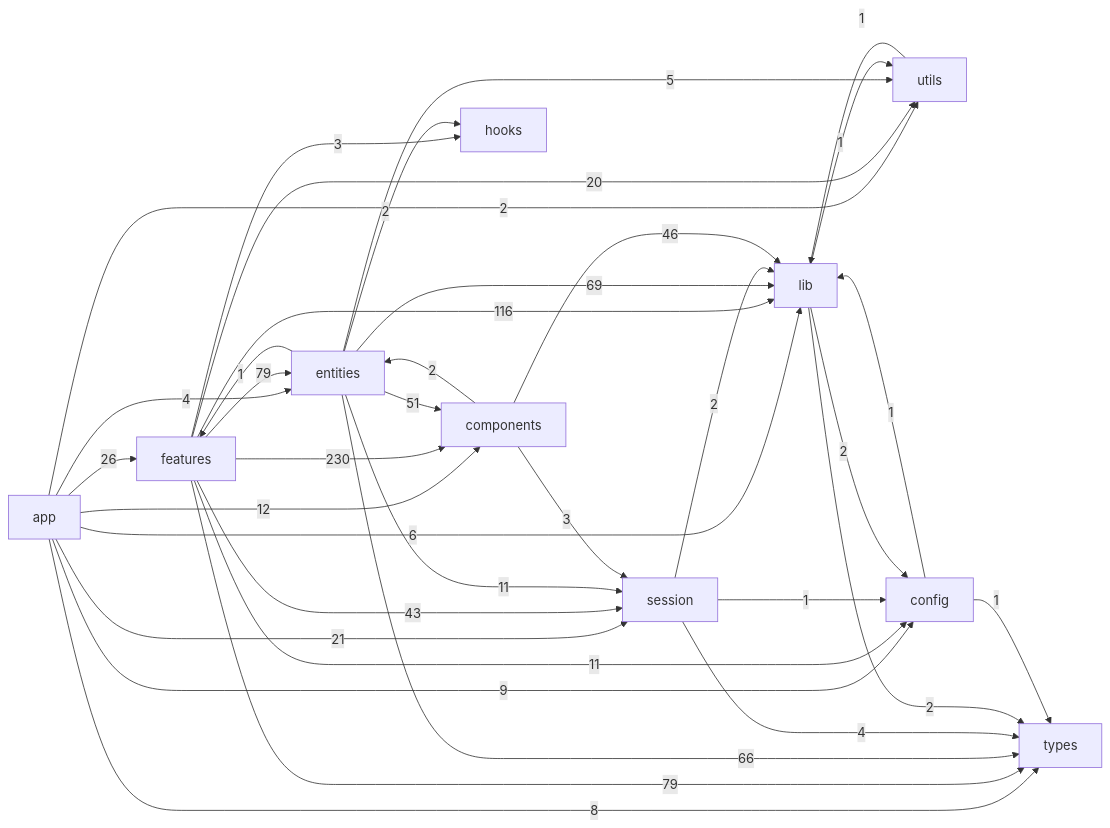
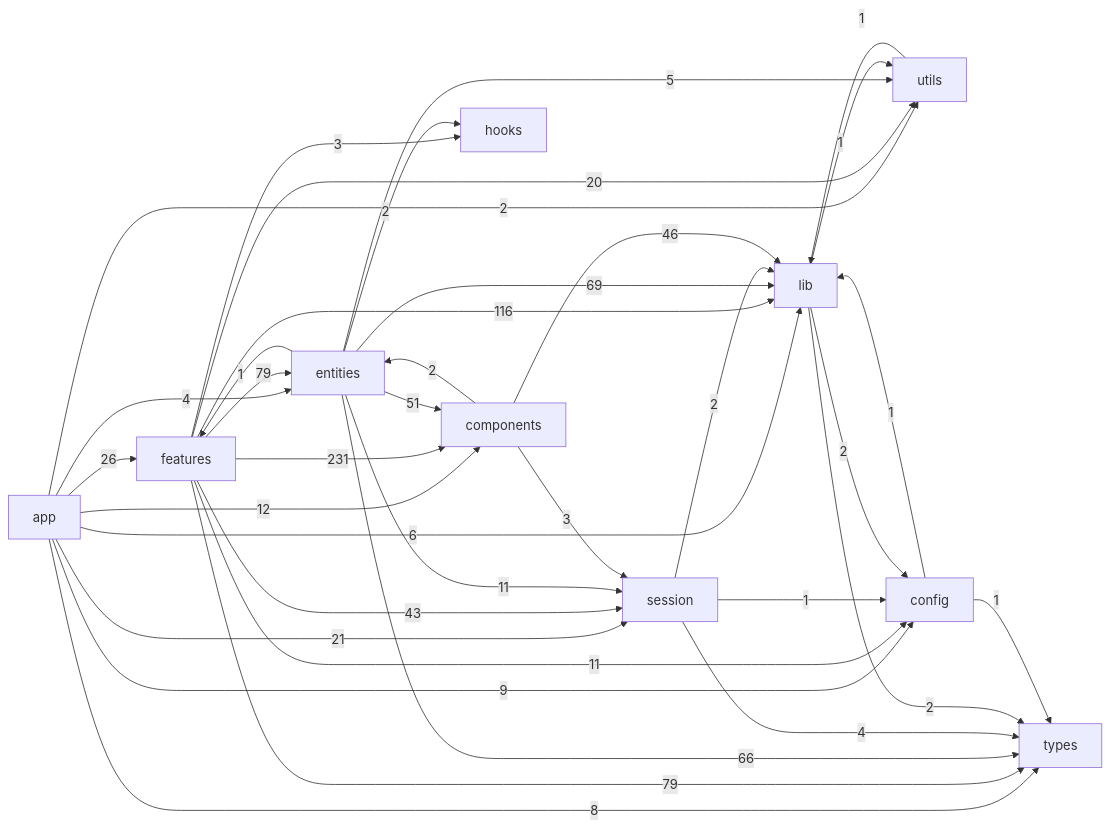
Before and after one commit to JohnnyZhao2/LMS: the diagram in lms_frontend/docs/generated/feature-dependency-graph.md, drawn with Mermaid. The commit also changed other lines of this file and 27 other files, not shown here.

Commit message:
refactor(authorization): 重命名撤销用户权限和范围组覆盖的视图及服务方法 - 将用户权限覆盖的撤销视图和服务方法重命名为删除操作，增强语义清晰度。 - 更新相关的序列化器和查询逻辑，移除不再使用的字段，简化数据处理。 - 调整权限模板和范围组的逻辑，确保一致性和可读性。 - 更新测试用例以反映这些更改，确保功能的正确性和完整性。

````diff
--- a/lms_frontend/docs/generated/feature-dependency-graph.md
+++ b/lms_frontend/docs/generated/feature-dependency-graph.md
@@ -7,48 +7,48 @@
 ```mermaid
 flowchart LR
   app["app"]
   features["features"]
   entities["entities"]
   session["session"]
   components["components"]
   hooks["hooks"]
   lib["lib"]
   utils["utils"]
   config["config"]
   types["types"]
   app -->|26| features
   app -->|4| entities
   app -->|21| session
   app -->|12| components
   app -->|6| lib
   app -->|2| utils
   app -->|9| config
   app -->|8| types
   features -->|79| entities
   features -->|43| session
-  features -->|230| components
+  features -->|231| components
   features -->|3| hooks
   features -->|116| lib
   features -->|20| utils
   features -->|11| config
   features -->|79| types
   entities -->|1| features
   entities -->|11| session
   entities -->|51| components
   entities -->|2| hooks
   entities -->|69| lib
   entities -->|5| utils
   entities -->|66| types
   session -->|2| lib
   session -->|1| config
   session -->|4| types
   components -->|2| entities
   components -->|3| session
   components -->|46| lib
   lib -->|1| utils
   lib -->|2| config
   lib -->|2| types
   utils -->|1| lib
   config -->|1| lib
   config -->|1| types
 ```
````
